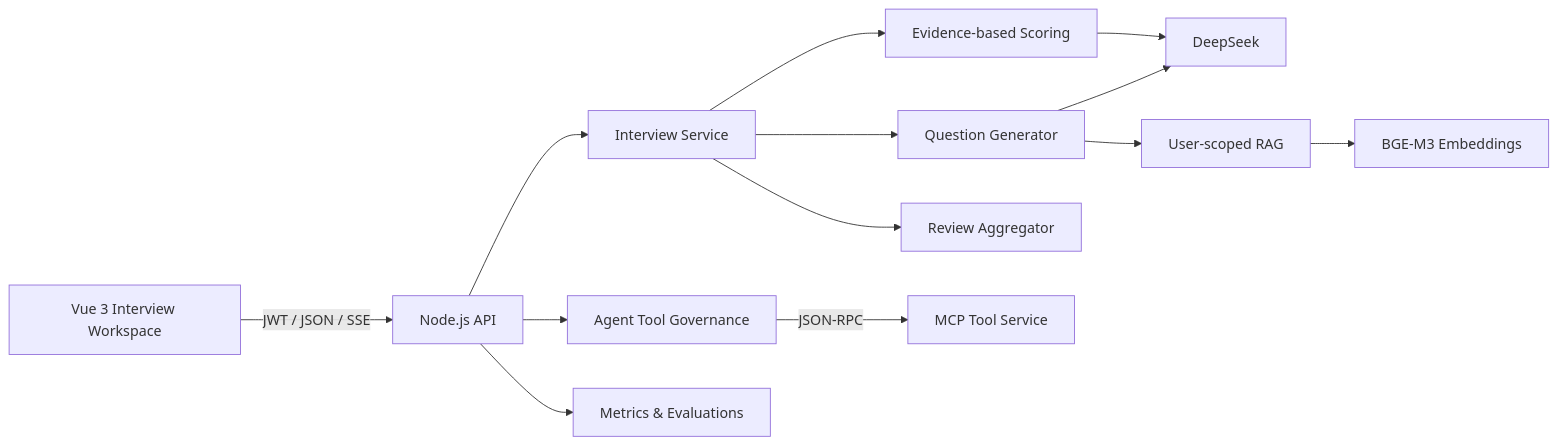
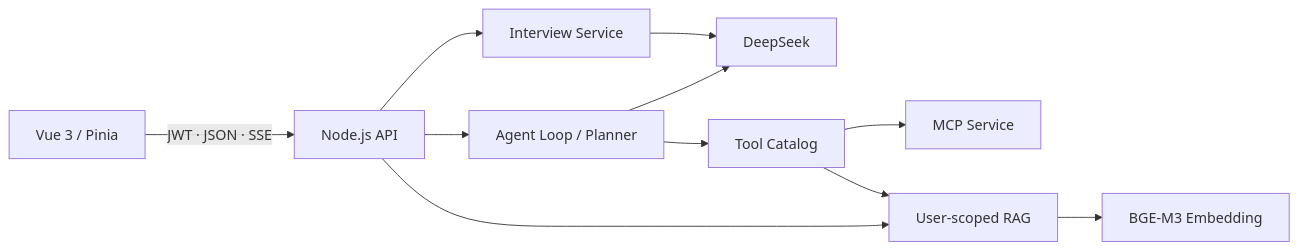
One commit to yiweiyih/InterviewOps changed the second of 2 diagrams in README.md. Above: the diagram before and after it, drawn with Mermaid. The commit also changed other lines of this file, not shown here.

````diff
--- a/README.md
+++ b/README.md
@@ -31,15 +69,13 @@
 ```mermaid
 flowchart LR
-    U["Vue 3 Interview Workspace"] -->|"JWT / JSON / SSE"| A["Node.js API"]
-    A --> I["Interview Service"]
-    I --> P["Question Generator"]
-    I --> S["Evidence-based Scoring"]
-    I --> R["Review Aggregator"]
-    P --> L["DeepSeek"]
-    S --> L
-    P --> K["User-scoped RAG"]
-    K --> E["BGE-M3 Embeddings"]
-    A --> G["Agent Tool Governance"]
-    G -->|"JSON-RPC"| M["MCP Tool Service"]
-    A --> O["Metrics & Evaluations"]
+    UI["Vue 3 / Pinia"] -->|"JWT · JSON · SSE"| API["Node.js API"]
+    API --> INTERVIEW["Interview Service"]
+    API --> AGENT["Agent Loop / Planner"]
+    API --> RAG["User-scoped RAG"]
+    INTERVIEW --> LLM["DeepSeek"]
+    AGENT --> LLM
+    AGENT --> TOOLS["Tool Catalog"]
+    TOOLS --> MCP["MCP Service"]
+    TOOLS --> RAG
+    RAG --> EMBEDDING["BGE-M3 Embedding"]
 ```
````
